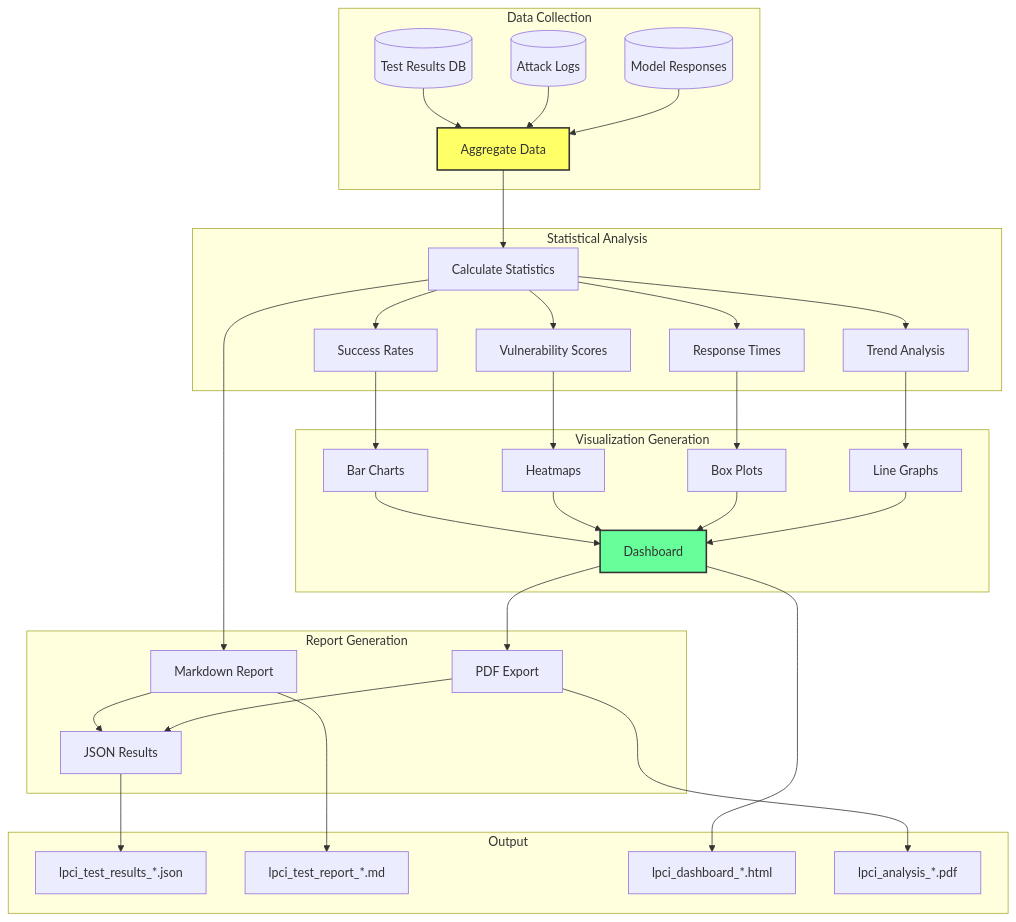
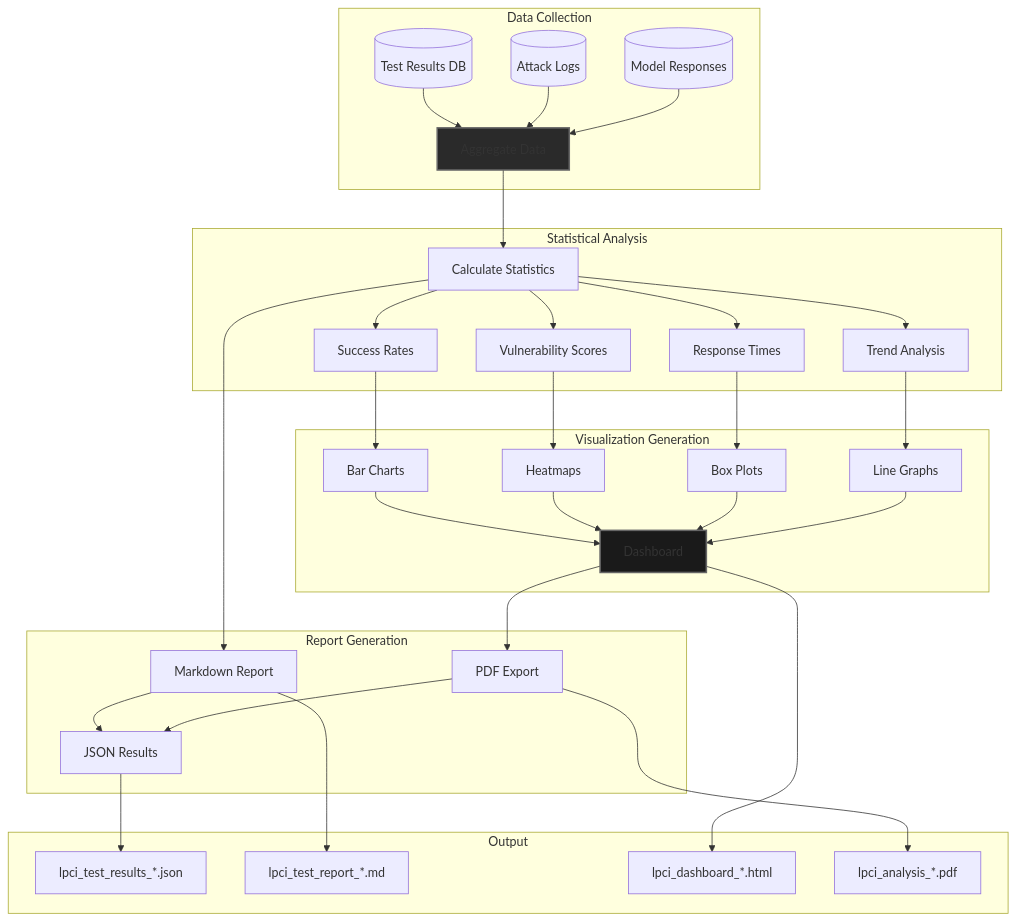
The tenth of 12 diagrams in agentic_lpci_framework/README.md (mbhatt1/agentic_lpci_framework), drawn with Mermaid before and after one commit. The commit also changed other lines of this file and 3 other files, not shown here.

````diff
--- a/agentic_lpci_framework/README.md
+++ b/agentic_lpci_framework/README.md
@@ -354,42 +354,42 @@
 ```mermaid
 flowchart TB
     subgraph "Data Collection"
         R1[(Test Results DB)]
         R2[(Attack Logs)]
         R3[(Model Responses)]
         R1 & R2 & R3 --> AGG[Aggregate Data]
     end
     
     subgraph "Statistical Analysis"
         AGG --> STATS[Calculate Statistics]
         STATS --> SR[Success Rates]
         STATS --> RT[Response Times]
         STATS --> VUL[Vulnerability Scores]
         STATS --> TREND[Trend Analysis]
     end
     
     subgraph "Visualization Generation"
         SR --> BAR[Bar Charts]
         VUL --> HEAT[Heatmaps]
         RT --> BOX[Box Plots]
         TREND --> LINE[Line Graphs]
         
         BAR & HEAT & BOX & LINE --> DASH[Dashboard]
     end
     
     subgraph "Report Generation"
         STATS --> MD[Markdown Report]
         DASH --> PDF[PDF Export]
         MD & PDF --> JSON[JSON Results]
     end
     
     subgraph "Output"
         JSON --> F1[lpci_test_results_*.json]
         MD --> F2[lpci_test_report_*.md]
         DASH --> F3[lpci_dashboard_*.html]
         PDF --> F4[lpci_analysis_*.pdf]
     end
     
-    style AGG fill:#ff6,stroke:#333,stroke-width:2px
-    style DASH fill:#6f9,stroke:#333,stroke-width:2px
+    style AGG fill:#2a2a2a,stroke:#666666,stroke-width:2px
+    style DASH fill:#1a1a1a,stroke:#666666,stroke-width:2px
 ```
````
